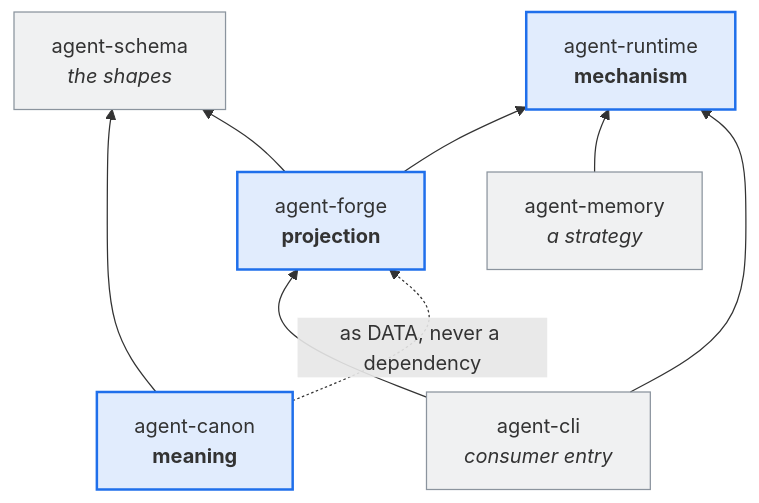
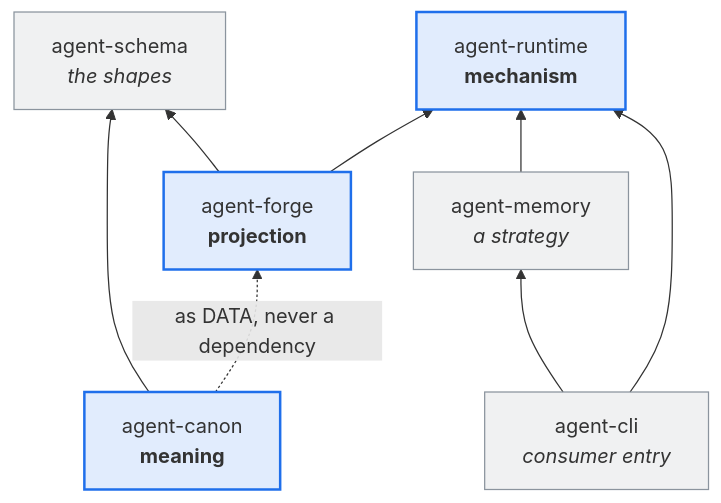
The diagram in ARCHITECTURE.md (leclabs/cratylus), drawn with Mermaid before and after one commit. The commit also changed other lines of this file and 2 other files, not shown here.

````diff
--- a/ARCHITECTURE.md
+++ b/ARCHITECTURE.md
@@ -125,23 +152,23 @@
 ```mermaid
 graph BT
     schema["agent-schema<br/><i>the shapes</i>"]
     canon["agent-canon<br/><b>meaning</b>"]
     runtime["agent-runtime<br/><b>mechanism</b>"]
     forge["agent-forge<br/><b>projection</b>"]
     memory["agent-memory<br/><i>a strategy</i>"]
     cli["agent-cli<br/><i>consumer entry</i>"]
 
     canon --> schema
     forge --> schema
     forge --> runtime
     memory --> runtime
-    cli --> forge
     cli --> runtime
+    cli --> memory
 
     canon -. "as DATA, never a dependency" .-> forge
 
     classDef concern fill:#1f6feb22,stroke:#1f6feb,stroke-width:2px
     classDef support fill:#8b949e22,stroke:#8b949e
     class canon,runtime,forge concern
     class schema,memory,cli support
 ```
````
